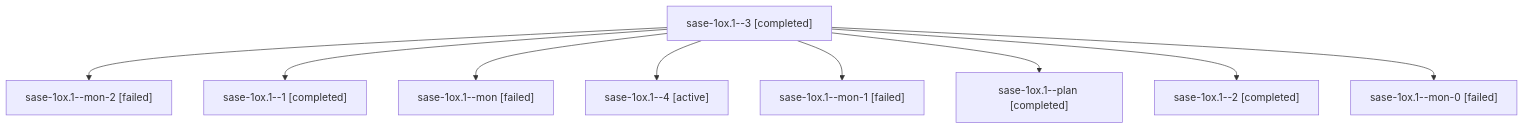
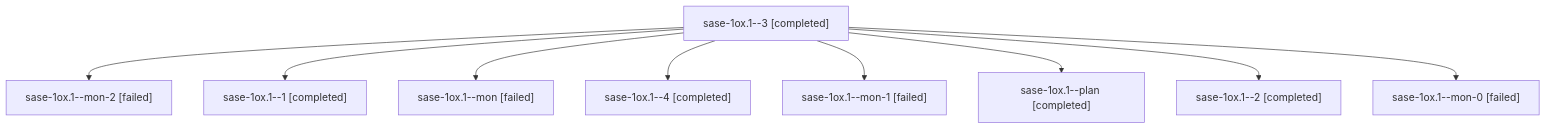
One commit to sase-org/sase--agents changed the diagram in sessions/bbugyi200.athena.sase-1ox.1.md. Above: the diagram before and after it, drawn with Mermaid. The commit also changed other lines of this file and 42 other files, not shown here.

````diff
--- a/sessions/bbugyi200.athena.sase-1ox.1.md
+++ b/sessions/bbugyi200.athena.sase-1ox.1.md
@@ -9,20 +9,20 @@
 ```mermaid
 flowchart TD
   n0["sase-1ox.1--3 [completed]"]
   n1["sase-1ox.1--mon-2 [failed]"]
   n0 --> n1
   n2["sase-1ox.1--1 [completed]"]
   n0 --> n2
   n3["sase-1ox.1--mon [failed]"]
   n0 --> n3
-  n4["sase-1ox.1--4 [active]"]
+  n4["sase-1ox.1--4 [completed]"]
   n0 --> n4
   n5["sase-1ox.1--mon-1 [failed]"]
   n0 --> n5
   n6["sase-1ox.1--plan [completed]"]
   n0 --> n6
   n7["sase-1ox.1--2 [completed]"]
   n0 --> n7
   n8["sase-1ox.1--mon-0 [failed]"]
   n0 --> n8
 ```
````
